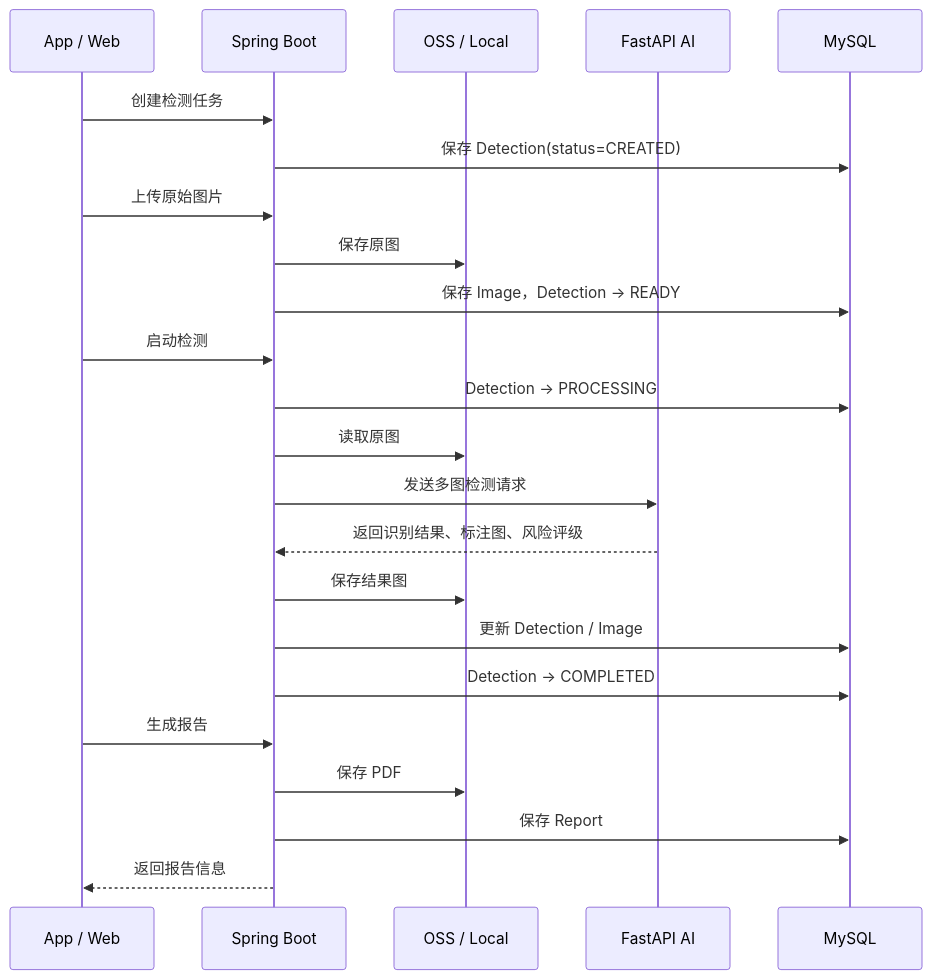
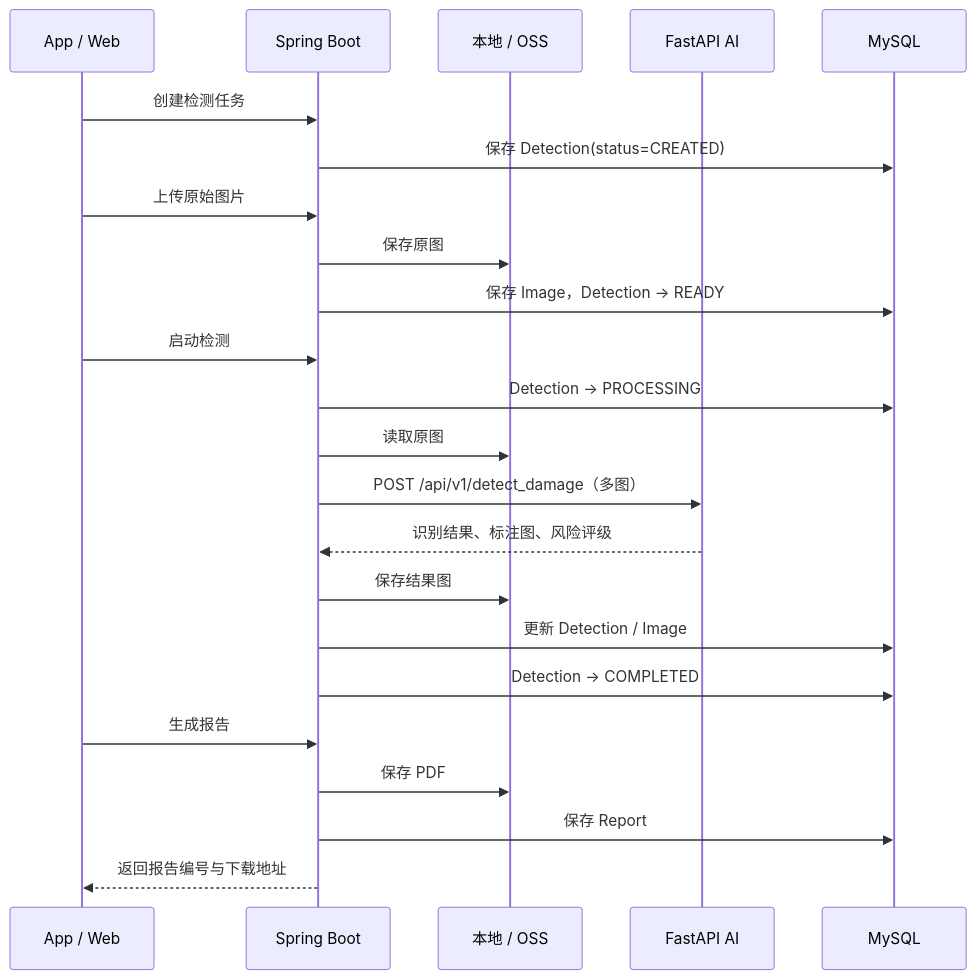
One commit to DzDenzel/dangerHouseSystem changed the third of 5 diagrams in 危房智诊系统架构图.md. Above: the diagram before and after it, drawn with Mermaid. The commit also changed other lines of this file and 55 other files, not shown here.

````diff
--- a/危房智诊系统架构图.md
+++ b/危房智诊系统架构图.md
@@ -99,30 +79,30 @@
 ```mermaid
 sequenceDiagram
     participant Client as App / Web
     participant API as Spring Boot
-    participant Store as OSS / Local
+    participant Store as 本地 / OSS
     participant AI as FastAPI AI
     participant DB as MySQL
 
     Client->>API: 创建检测任务
     API->>DB: 保存 Detection(status=CREATED)
 
     Client->>API: 上传原始图片
     API->>Store: 保存原图
     API->>DB: 保存 Image，Detection -> READY
 
     Client->>API: 启动检测
     API->>DB: Detection -> PROCESSING
     API->>Store: 读取原图
-    API->>AI: 发送多图检测请求
+    API->>AI: POST /api/v1/detect_damage（多图）
 
-    AI-->>API: 返回识别结果、标注图、风险评级
+    AI-->>API: 识别结果、标注图、风险评级
     API->>Store: 保存结果图
     API->>DB: 更新 Detection / Image
     API->>DB: Detection -> COMPLETED
 
     Client->>API: 生成报告
     API->>Store: 保存 PDF
     API->>DB: 保存 Report
-    API-->>Client: 返回报告信息
+    API-->>Client: 返回报告编号与下载地址
 ```
````
